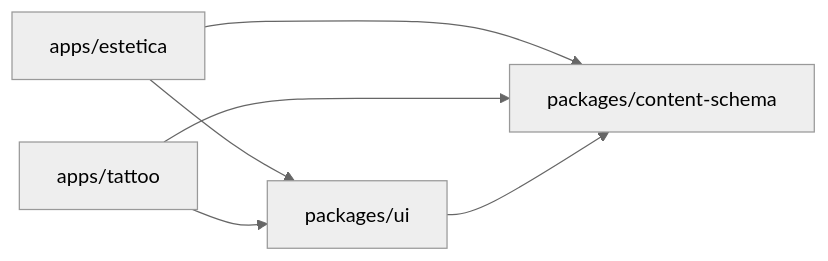
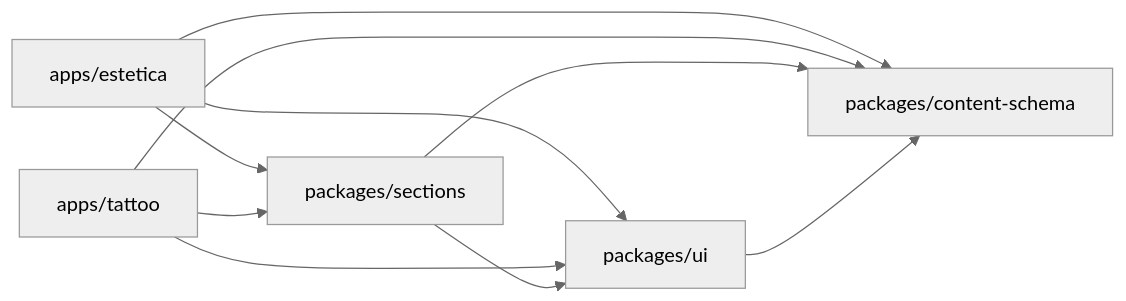
The first of 5 diagrams in docs/02-architecture.md (Gonzalo-Linares/Littzite), drawn with Mermaid (neutral theme) before and after one commit. The commit also changed other lines of this file and 23 other files, not shown here.

````diff
--- a/docs/02-architecture.md
+++ b/docs/02-architecture.md
@@ -28,8 +28,12 @@
 ```mermaid
 flowchart LR
   E[apps/estetica] --> C[packages/content-schema]
   E --> UI[packages/ui]
+  E --> S[packages/sections]
   T[apps/tattoo] --> C
   T --> UI
+  T --> S
+  S --> UI
+  S --> C
   UI --> C
 ```
````
